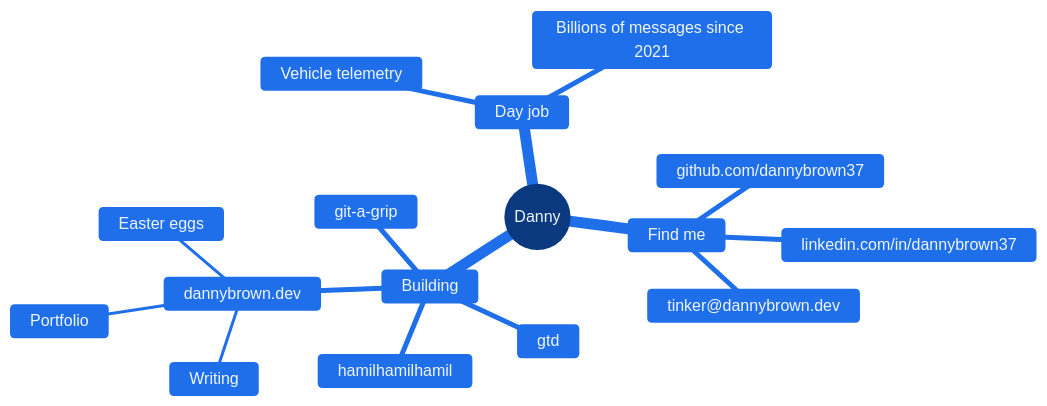
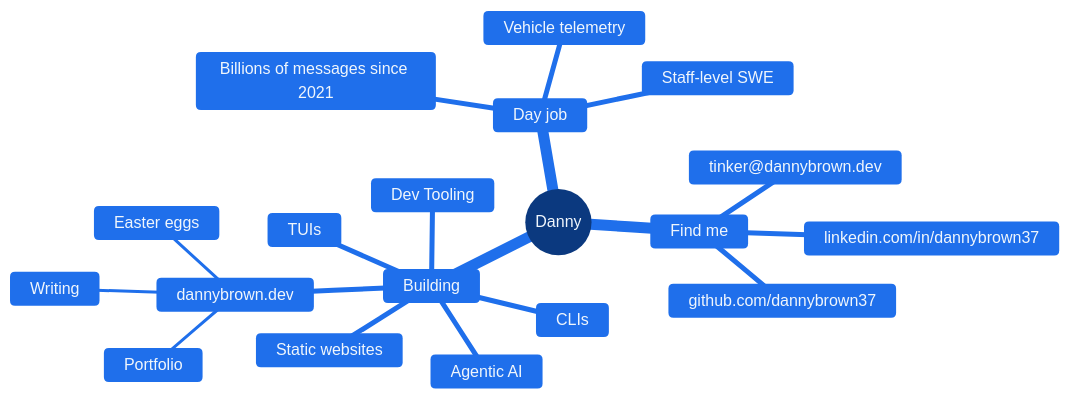
The diagram in README.md (dannybrown37/dannybrown37), drawn with Mermaid before and after one commit.

Commit message:
Revise 'Building' section in README.md
Updated the 'Building' section to include new projects and roles.

````diff
--- a/README.md
+++ b/README.md
@@ -7,26 +7,29 @@
 ```mermaid
 %%{init: {'theme':'base', 'themeVariables': {
   'primaryColor':'#1f6feb','primaryTextColor':'#f0f6fc','primaryBorderColor':'#58a6ff',
   'lineColor':'#8b949e','textColor':'#f0f6fc','fontSize':'16px',
   'cScale0':'#1f6feb','cScale1':'#1f6feb','cScale2':'#1f6feb','cScale3':'#1f6feb',
   'cScaleLabel0':'#f0f6fc','cScaleLabel1':'#f0f6fc','cScaleLabel2':'#f0f6fc','cScaleLabel3':'#f0f6fc'
 }}}%%
 mindmap
   root((Danny))
     Find me
       github.com/dannybrown37
       linkedin.com/in/dannybrown37
       tinker@dannybrown.dev
     Building
-      gtd
-      git-a-grip
-      hamilhamilhamil
+      CLIs
+      TUIs
+      Static websites
+      Agentic AI
+      Dev Tooling
       dannybrown.dev
         Writing
         Portfolio
         Easter eggs
     Day job
       Vehicle telemetry
       Billions of messages since 2021
+      Staff-level SWE
 
 ```
````
